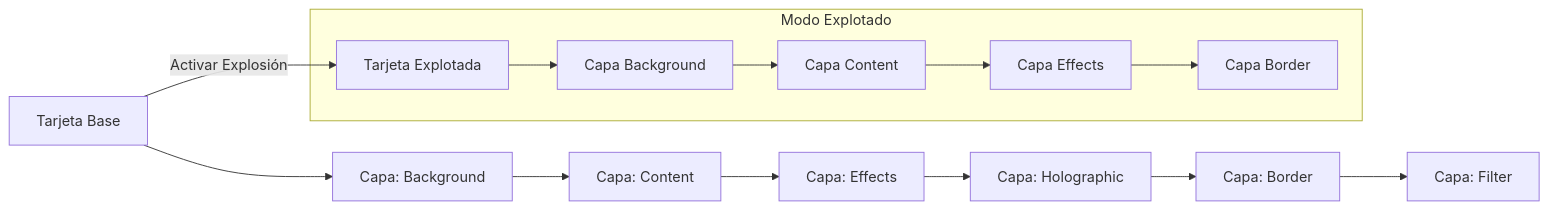
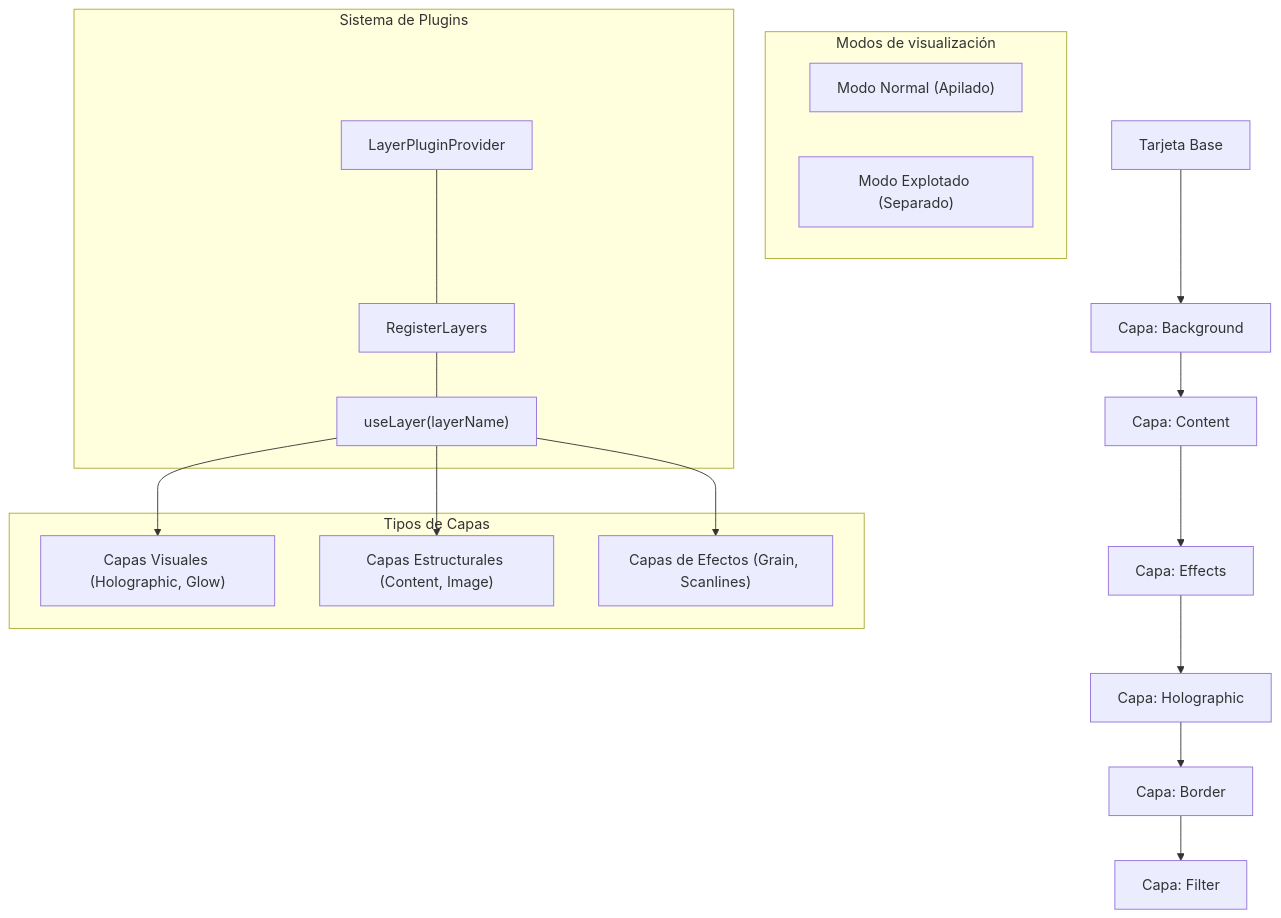
One commit to gvastethecreator/media-manager changed the third of 4 diagrams in src/components/features/entity-cards/docs/ARCHITECTURE.md. Above: the diagram before and after it, drawn with Mermaid. The commit also changed other lines of this file and 123 other files, not shown here.

````diff
--- a/src/components/features/entity-cards/docs/ARCHITECTURE.md
+++ b/src/components/features/entity-cards/docs/ARCHITECTURE.md
@@ -183,18 +179,30 @@
 ```mermaid
-flowchart LR
+flowchart TB
     A[Tarjeta Base] --> B[Capa: Background]
     B --> C[Capa: Content]
     C --> D[Capa: Effects]
     D --> E[Capa: Holographic]
     E --> F[Capa: Border]
     F --> G[Capa: Filter]
 
-    subgraph Modo Explotado
-    H[Tarjeta Explotada] --> I[Capa Background]
-    I --> J[Capa Content]
-    J --> K[Capa Effects]
-    K --> L[Capa Border]
+    subgraph "Modos de visualización"
+    H["Modo Normal (Apilado)"]
+    I["Modo Explotado (Separado)"]
     end
 
-    A -- "Activar Explosión" --> H
+    subgraph "Tipos de Capas"
+    J["Capas Visuales (Holographic, Glow)"]
+    K["Capas Estructurales (Content, Image)"]
+    L["Capas de Efectos (Grain, Scanlines)"]
+    end
+
+    subgraph "Sistema de Plugins"
+    M["LayerPluginProvider"]
+    N["RegisterLayers"]
+    O["useLayer(layerName)"]
+    end
+
+    M --- N
+    N --- O
+    O --> J & K & L
 ```
````
